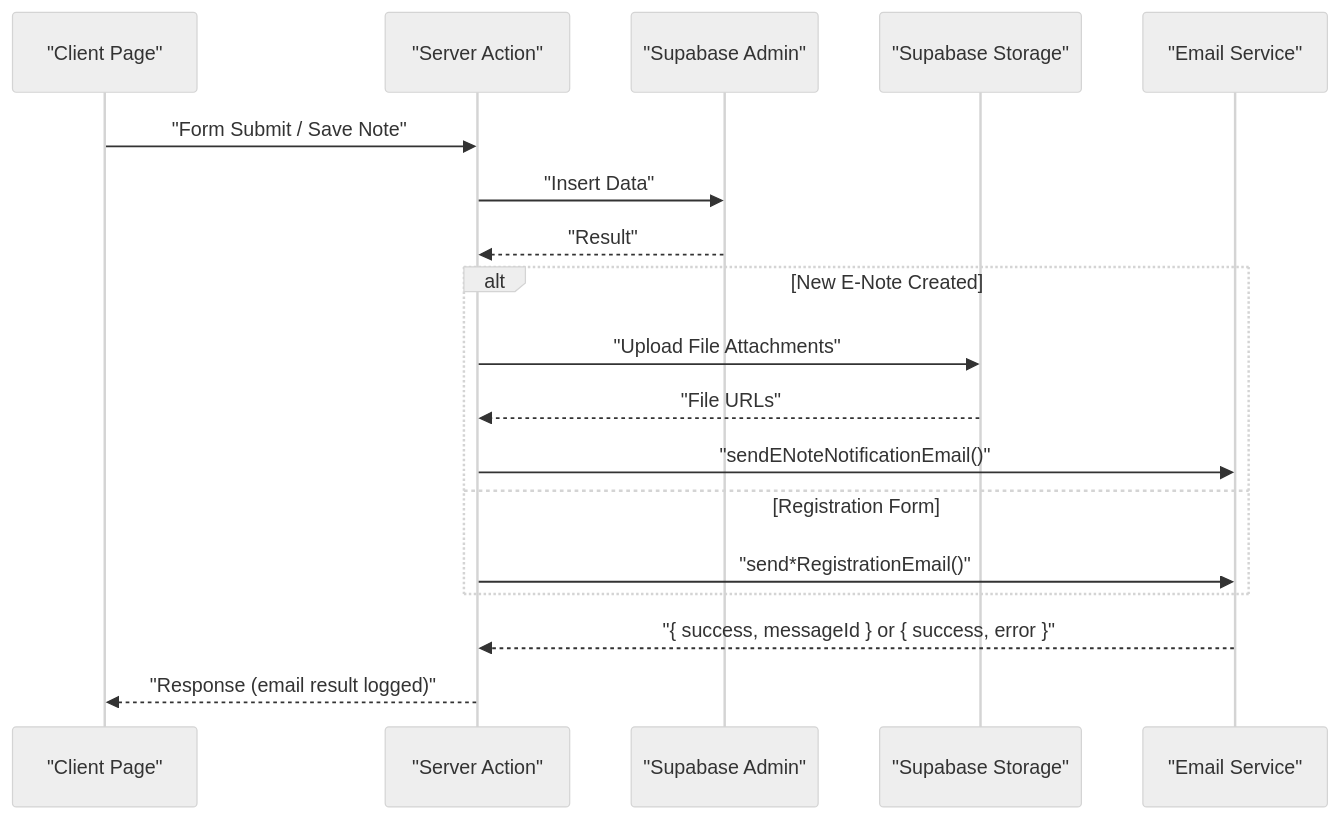
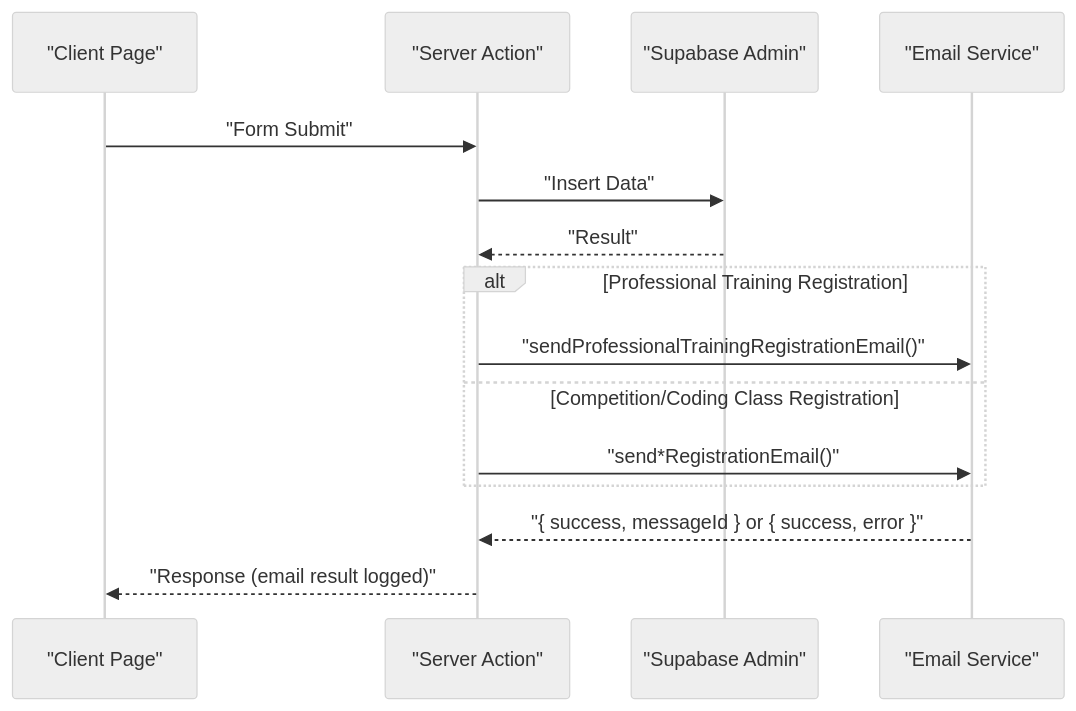
Before and after one commit to Black-box01/rhemaexpertsolutions: the second of 9 diagrams in .qoder/repowiki/en/content/Service Layer/Email Service.md, drawn with Mermaid (neutral theme). The commit also changed other lines of this file and 22 other files, not shown here.

First line of the commit message:
feat(professional-trainings): add professional training registration system

````diff
--- a/.qoder/repowiki/en/content/Service Layer/Email Service.md
+++ b/.qoder/repowiki/en/content/Service Layer/Email Service.md
@@ -146,20 +128,17 @@
 ```mermaid
 sequenceDiagram
 participant Client as "Client Page"
 participant Action as "Server Action"
 participant DB as "Supabase Admin"
-participant Storage as "Supabase Storage"
 participant Email as "Email Service"
-Client->>Action : "Form Submit / Save Note"
+Client->>Action : "Form Submit"
 Action->>DB : "Insert Data"
 DB-->>Action : "Result"
-alt New E-Note Created
-Action->>Storage : "Upload File Attachments"
-Storage-->>Action : "File URLs"
-Action->>Email : "sendENoteNotificationEmail()"
-else Registration Form
+alt Professional Training Registration
+Action->>Email : "sendProfessionalTrainingRegistrationEmail()"
+else Competition/Coding Class Registration
 Action->>Email : "send*RegistrationEmail()"
 end
 Email-->>Action : "{ success, messageId } or { success, error }"
 Action-->>Client : "Response (email result logged)"
 ```
````
